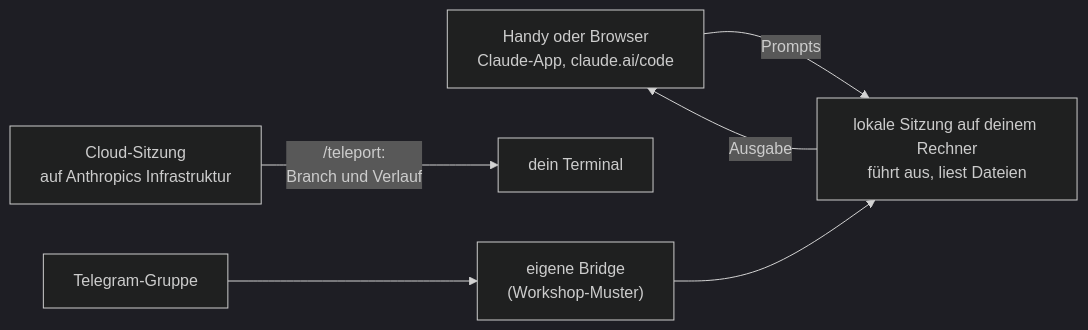
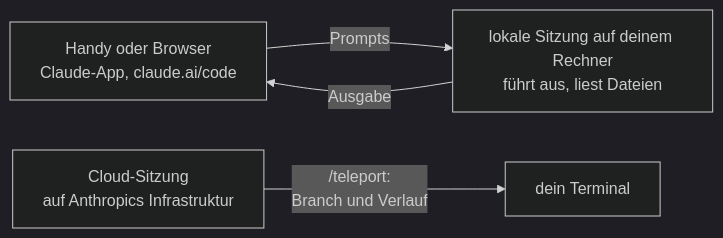
Before and after one commit to dynamic-dome/dynamic-workshop: the diagram in resources/library/s4-06-remote-und-teleport.md, drawn with Mermaid (dark theme). The commit also changed other lines of this file, not shown here.

````diff
--- a/resources/library/s4-06-remote-und-teleport.md
+++ b/resources/library/s4-06-remote-und-teleport.md
@@ -41,8 +44,6 @@
 ```mermaid
 flowchart LR
   H["Handy oder Browser<br/>Claude-App, claude.ai/code"] -- "Prompts" --> S["lokale Sitzung auf deinem Rechner<br/>führt aus, liest Dateien"]
   S -- "Ausgabe" --> H
   C["Cloud-Sitzung<br/>auf Anthropics Infrastruktur"] -- "/teleport:<br/>Branch und Verlauf" --> T["dein Terminal"]
-  G["Telegram-Gruppe"] --> B["eigene Bridge<br/>(Workshop-Muster)"]
-  B --> S
 ```
````
